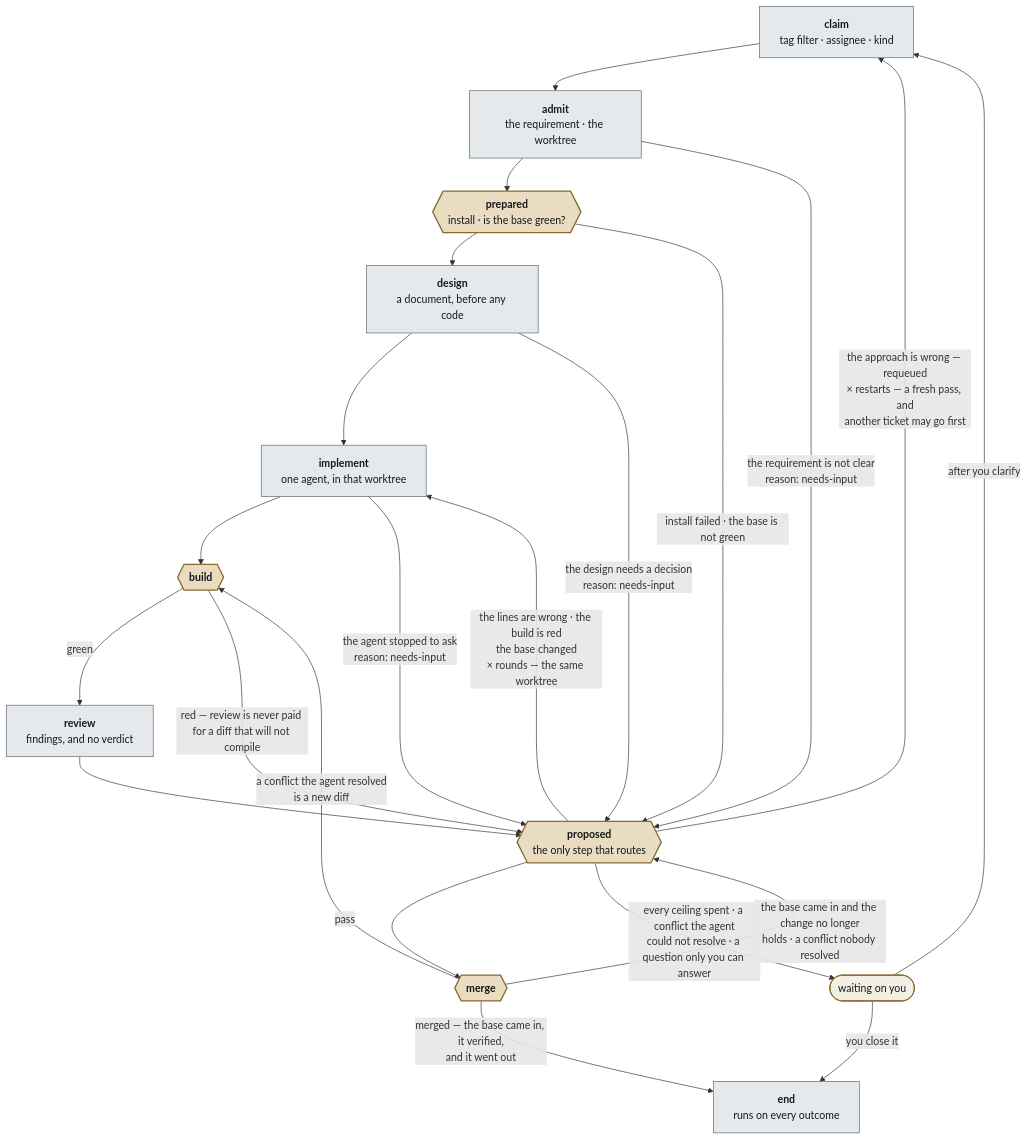
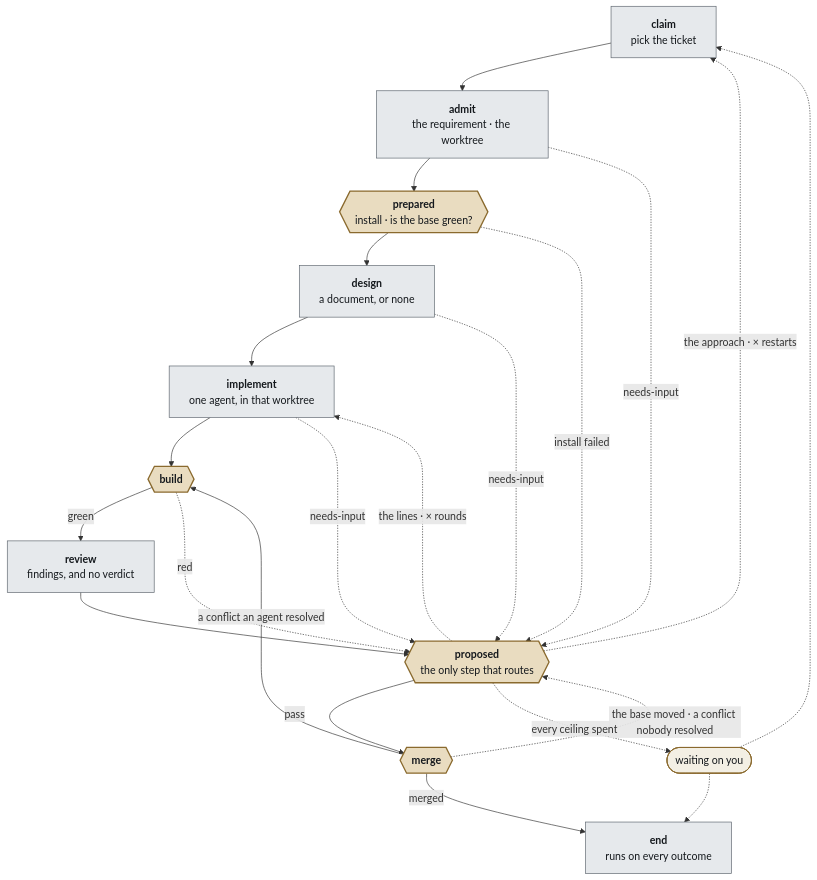
The diagram in doc/decisions/0058-lingtai-is-a-development-pipeline.md (steven-zhc/lingtai), drawn with Mermaid before and after one commit. The commit also changed other lines of this file, not shown here.

Commit message:
0058: the drawing loses its essays, and a dotted line means it did not simply pass
The labels were written before the prose existed, so each edge carried its own
paragraph and the layout had eleven of them to route around. The prose is there
now — the shape table, the merge's three exits, §3c's table of what each reason
buys — so the labels say two or three words and point at it.

And the edges are graded rather than uniform: solid is the way through, dotted
is a step that did not simply pass. Every dotted line but two ends at
`proposed`, and the two that do not are `proposed`'s own — which is the figure's
whole claim, now visible before anything is read.

Claude-Session: https://claude.ai/code/session_0117TacqJzPfdv8RhKVhVskm

````diff
--- a/doc/decisions/0058-lingtai-is-a-development-pipeline.md
+++ b/doc/decisions/0058-lingtai-is-a-development-pipeline.md
@@ -209,40 +209,43 @@
 ```mermaid
 flowchart TB
-  CL["<b>claim</b><br/>tag filter · assignee · kind"]
+  CL["<b>claim</b><br/>pick the ticket"]
   AD["<b>admit</b><br/>the requirement · the worktree"]
   PR{{"<b>prepared</b><br/>install · is the base green?"}}
-  DS["<b>design</b><br/>a document, before any code"]
+  DS["<b>design</b><br/>a document, or none"]
   IM["<b>implement</b><br/>one agent, in that worktree"]
   BU{{"<b>build</b>"}}
   RV["<b>review</b><br/>findings, and no verdict"]
   PO{{"<b>proposed</b><br/>the only step that routes"}}
   MG{{"<b>merge</b>"}}
   EN["<b>end</b><br/>runs on every outcome"]
   WA(["waiting on you"])
 
+  %% the way through
   CL --> AD --> PR --> DS --> IM --> BU
-  AD -->|"the requirement is not clear<br/>reason: needs-input"| PO
-  PR -->|"install failed · the base is not green"| PO
-  DS -->|"the design needs a decision<br/>reason: needs-input"| PO
-  IM -->|"the agent stopped to ask<br/>reason: needs-input"| PO
-  BU -->|"green"| RV
-  BU -->|"red — review is never paid for a diff that will not compile"| PO
-  RV --> PO
-  PO -->|"pass"| MG
-  MG -->|"merged — the base came in, it verified,<br/>and it went out"| EN
-  MG -->|"a conflict the agent resolved<br/>is a new diff"| BU
-  MG -->|"the base came in and the change no longer<br/>holds · a conflict nobody resolved"| PO
+  BU -->|green| RV --> PO
+  PO -->|pass| MG
+  MG -->|merged| EN
 
-  PO -->|"the lines are wrong · the build is red<br/>the base changed<br/>× rounds — the same worktree"| IM
-  PO -->|"the approach is wrong — requeued<br/>× restarts — a fresh pass, and<br/>another ticket may go first"| CL
-  PO -->|"every ceiling spent · a conflict the agent<br/>could not resolve · a question only you can answer"| WA
-  WA -->|"after you clarify"| CL
-  WA -->|"you close it"| EN
+  %% everything that did not simply pass
+  AD -.->|needs-input| PO
+  PR -.->|"install failed"| PO
+  DS -.->|needs-input| PO
+  IM -.->|needs-input| PO
+  BU -.->|red| PO
+  MG -.->|"the base moved · a conflict nobody resolved"| PO
+
+  %% and what proposed does with it
+  MG -->|"a conflict an agent resolved"| BU
+  PO -.->|"the lines · × rounds"| IM
+  PO -.->|"the approach · × restarts"| CL
+  PO -.->|"every ceiling spent"| WA
+  WA -.-> CL
+  WA -.-> EN
 
   classDef gate fill:#e9dcc0,stroke:#8a6a2e,stroke-width:2px,color:#14181c;
   classDef core fill:#e6e9ec,stroke:#5c646d,color:#14181c;
   classDef back fill:#f3efe4,stroke:#8a6a2e,stroke-width:1.5px,color:#14181c;
   class PR,BU,PO,MG gate;
   class CL,AD,DS,IM,RV,EN core;
   class WA back;
 ```
````
